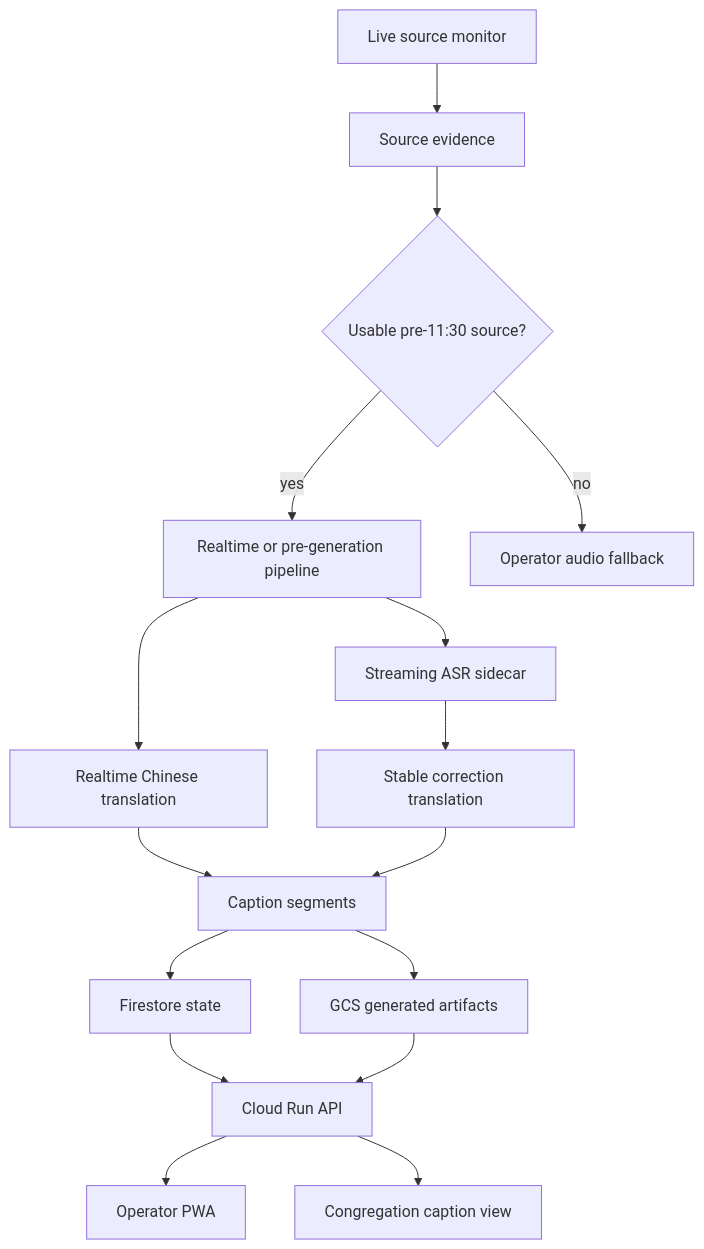
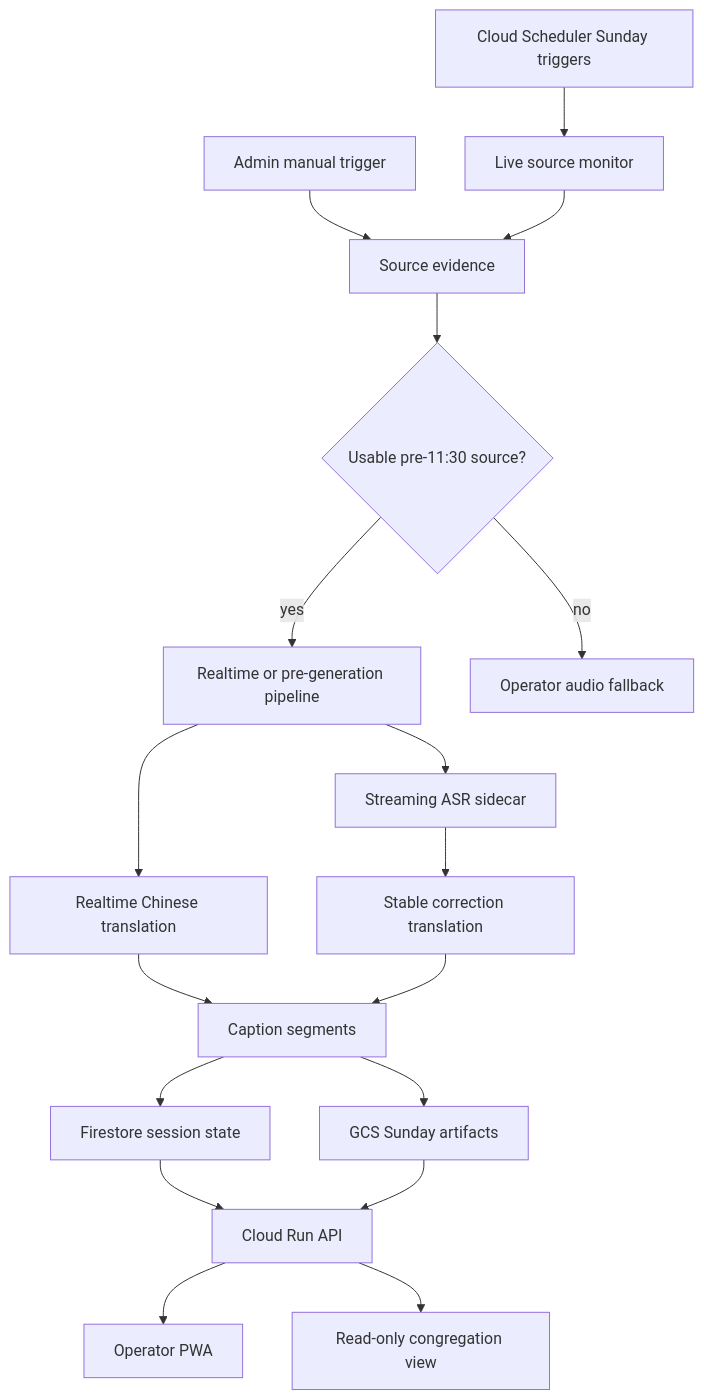
Before and after one commit to JonathanJing/sermon-video-zh-subtitles: the diagram in docs/system-design.md, drawn with Mermaid. The commit also changed other lines of this file and 9 other files, not shown here.

````diff
--- a/docs/system-design.md
+++ b/docs/system-design.md
@@ -37,18 +58,20 @@
 ```mermaid
 flowchart TD
-  A["Live source monitor"] --> B["Source evidence"]
+  Z["Cloud Scheduler Sunday triggers"] --> A["Live source monitor"]
+  Y["Admin manual trigger"] --> B["Source evidence"]
+  A --> B
   B --> C{"Usable pre-11:30 source?"}
   C -->|yes| D["Realtime or pre-generation pipeline"]
   C -->|no| E["Operator audio fallback"]
   D --> F["Streaming ASR sidecar"]
   D --> G["Realtime Chinese translation"]
   F --> H["Stable correction translation"]
   G --> I["Caption segments"]
   H --> I
-  I --> J["Firestore state"]
-  I --> K["GCS generated artifacts"]
+  I --> J["Firestore session state"]
+  I --> K["GCS Sunday artifacts"]
   J --> L["Cloud Run API"]
   K --> L
   L --> M["Operator PWA"]
-  L --> N["Congregation caption view"]
+  L --> N["Read-only congregation view"]
 ```
````
